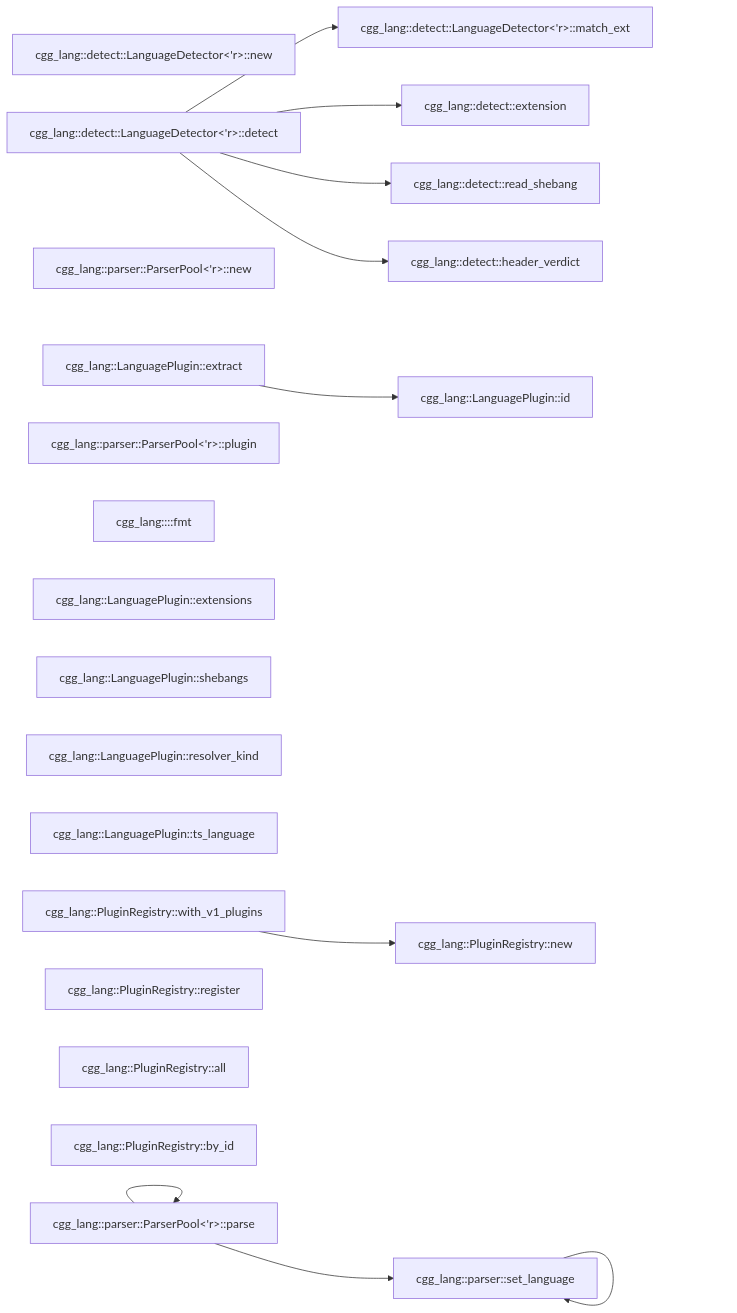
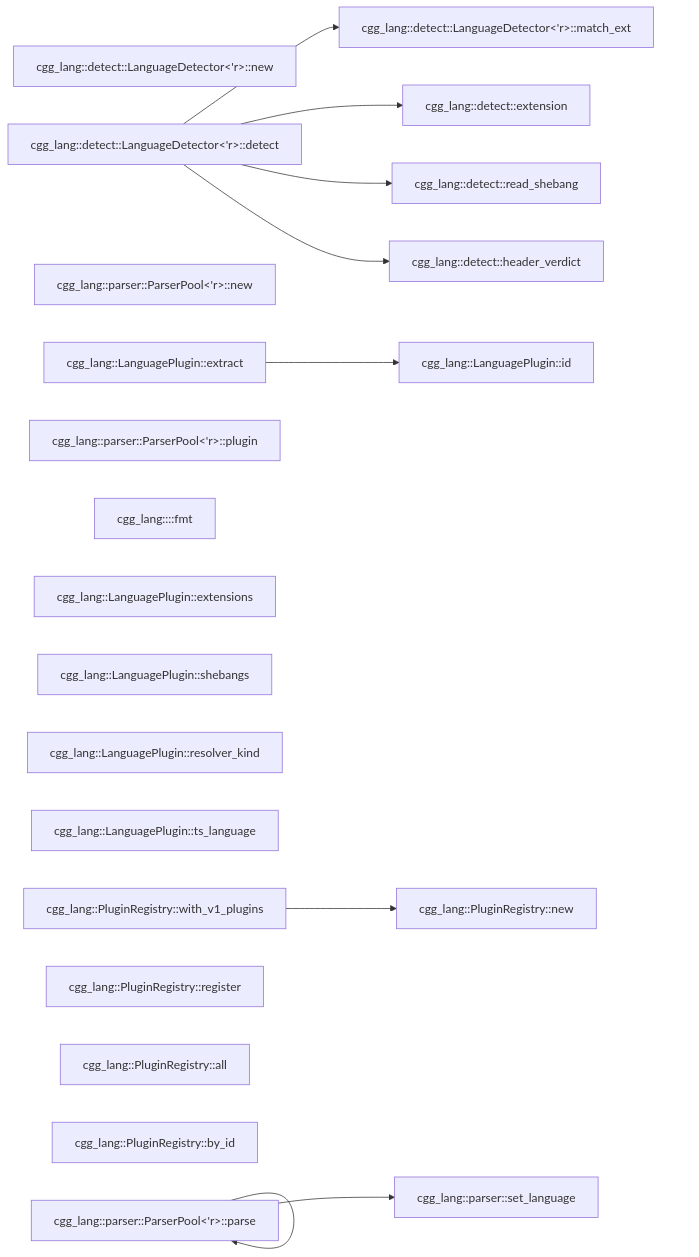
One commit to NeuralNotwerk/cgg changed the second of 2 diagrams in README.md. Above: the diagram before and after it, drawn with Mermaid. The commit also changed 3 other files, not shown here.

````diff
--- a/README.md
+++ b/README.md
@@ -136,34 +136,33 @@
 ```mermaid
 flowchart LR
   C0["cgg_lang::detect::LanguageDetector<'r>::new"]
   C1["cgg_lang::detect::LanguageDetector<'r>::detect"]
   C2["cgg_lang::detect::LanguageDetector<'r>::match_ext"]
   C3["cgg_lang::detect::extension"]
   C4["cgg_lang::detect::read_shebang"]
   C5["cgg_lang::detect::header_verdict"]
   C14["cgg_lang::parser::ParserPool<'r>::new"]
   C15["cgg_lang::parser::ParserPool<'r>::parse"]
   C16["cgg_lang::parser::ParserPool<'r>::plugin"]
   C17["cgg_lang::parser::set_language"]
   C21["cgg_lang::<ResolverKind as fmt::Display>::fmt"]
   C22["cgg_lang::LanguagePlugin::id"]
   C23["cgg_lang::LanguagePlugin::extensions"]
   C24["cgg_lang::LanguagePlugin::shebangs"]
   C25["cgg_lang::LanguagePlugin::resolver_kind"]
   C26["cgg_lang::LanguagePlugin::ts_language"]
   C27["cgg_lang::LanguagePlugin::extract"]
   C28["cgg_lang::PluginRegistry::new"]
   C29["cgg_lang::PluginRegistry::register"]
   C30["cgg_lang::PluginRegistry::all"]
   C31["cgg_lang::PluginRegistry::by_id"]
   C32["cgg_lang::PluginRegistry::with_v1_plugins"]
   C1 --> C2
   C1 --> C3
   C1 --> C4
   C1 --> C5
   C15 --> C15
   C15 --> C17
-  C17 --> C17
   C27 --> C22
   C32 --> C28
 ```
````
